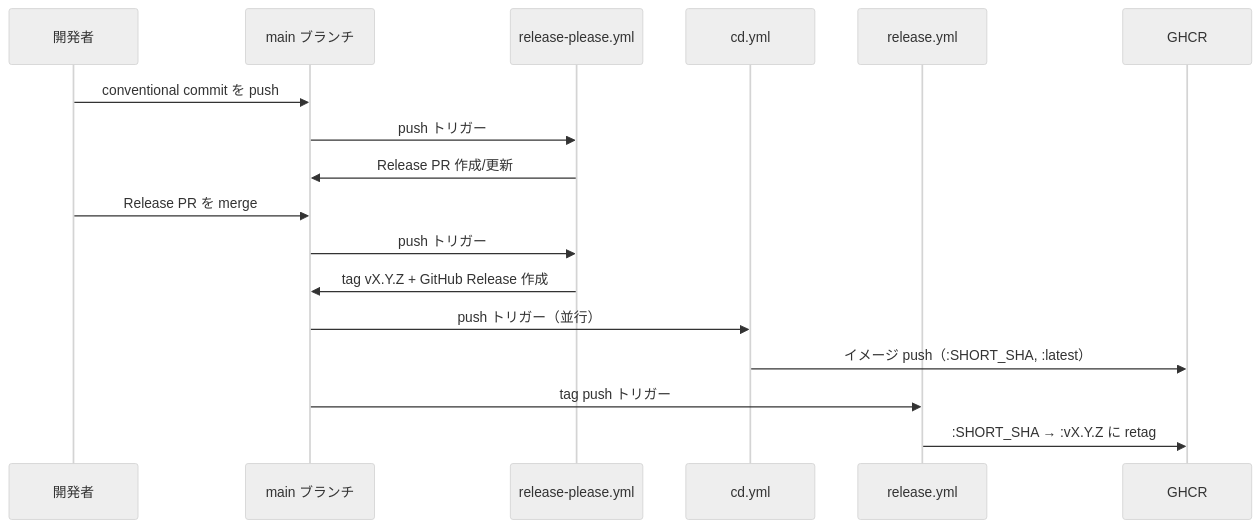
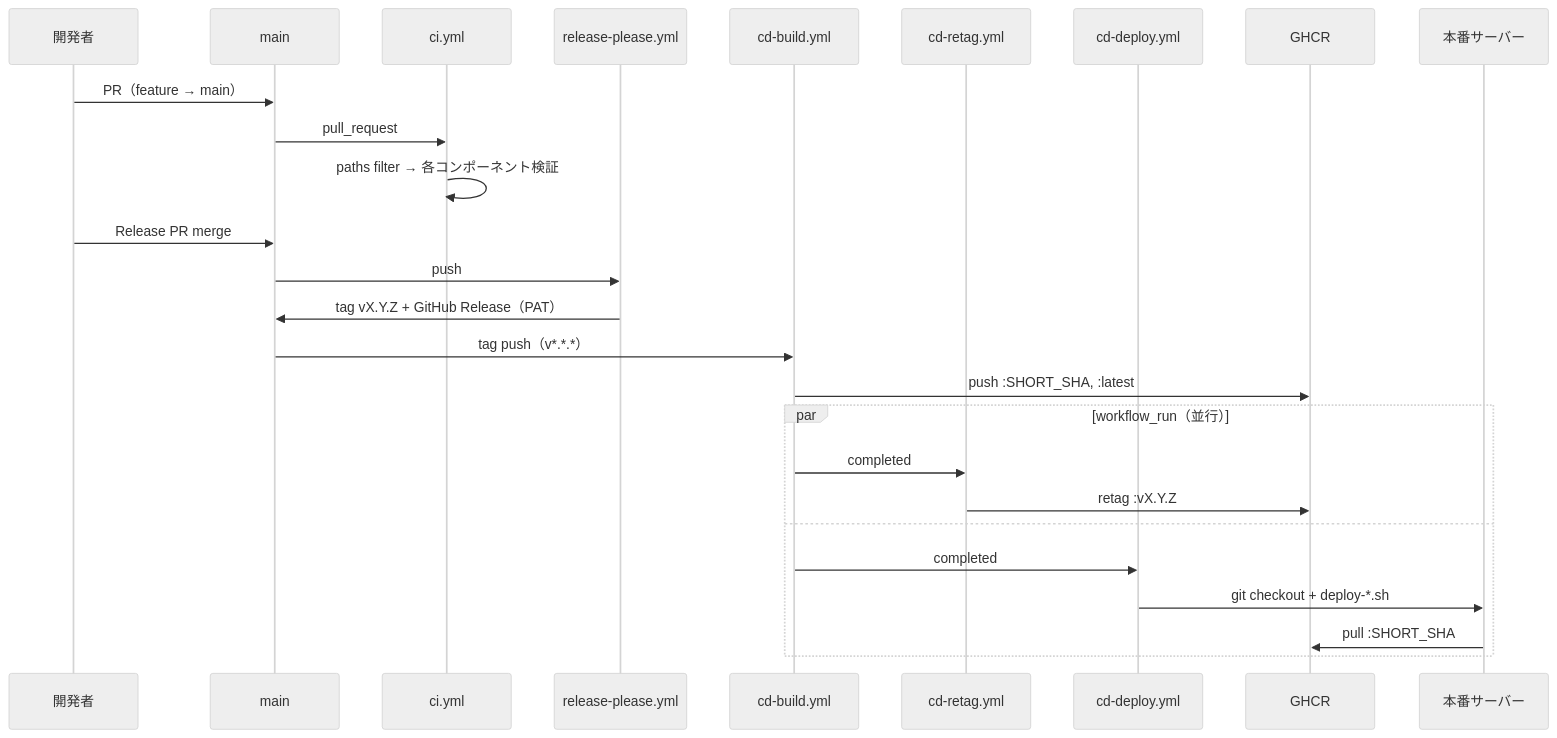
The first of 2 diagrams in memo.md (GoldenPoisonedApple/MIAOS), drawn with Mermaid (neutral theme) before and after one commit. The commit also changed other lines of this file and 6 other files, not shown here.

````diff
--- a/memo.md
+++ b/memo.md
@@ -438,22 +438,32 @@
 ```mermaid
 sequenceDiagram
     participant Dev as 開発者
-    participant Main as main ブランチ
+    participant Main as main
+    participant CI as ci.yml
     participant RP as release-please.yml
-    participant CD as cd.yml
-    participant Rel as release.yml
+    participant Build as cd-build.yml
+    participant Retag as cd-retag.yml
+    participant Deploy as cd-deploy.yml
     participant GHCR as GHCR
+    participant Prod as 本番サーバー
 
-    Dev->>Main: conventional commit を push
-    Main->>RP: push トリガー
-    RP->>Main: Release PR 作成/更新
+    Dev->>Main: PR（feature → main）
+    Main->>CI: pull_request
+    CI->>CI: paths filter → 各コンポーネント検証
 
-    Dev->>Main: Release PR を merge
-    Main->>RP: push トリガー
-    RP->>Main: tag vX.Y.Z + GitHub Release 作成
-    Main->>CD: push トリガー（並行）
-    CD->>GHCR: イメージ push（:SHORT_SHA, :latest）
-    Main->>Rel: tag push トリガー
-    Rel->>GHCR: :SHORT_SHA → :vX.Y.Z に retag
+    Dev->>Main: Release PR merge
+    Main->>RP: push
+    RP->>Main: tag vX.Y.Z + GitHub Release（PAT）
 
+    Main->>Build: tag push（v*.*.*）
+    Build->>GHCR: push :SHORT_SHA, :latest
+
+    par workflow_run（並行）
+        Build->>Retag: completed
+        Retag->>GHCR: retag :vX.Y.Z
+    and
+        Build->>Deploy: completed
+        Deploy->>Prod: git checkout + deploy-*.sh
+        Prod->>GHCR: pull :SHORT_SHA
+    end
 ```
````
